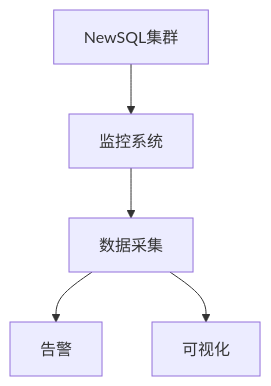
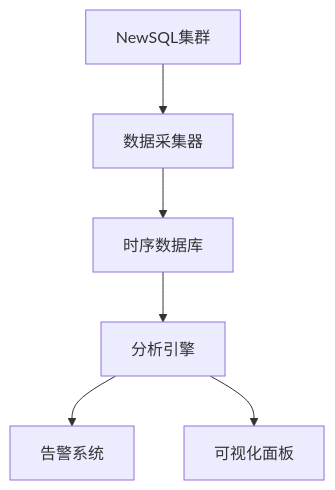
The first of 4 diagrams in Analysis/1-数据库系统/1.4-NewSQL/1.4.6-性能调优与监控.md (AdaMartin18010/Data-Science), drawn with Mermaid before and after one commit. The commit also changed other lines of this file and 338 other files, not shown here.

````diff
--- a/Analysis/1-数据库系统/1.4-NewSQL/1.4.6-性能调优与监控.md
+++ b/Analysis/1-数据库系统/1.4-NewSQL/1.4.6-性能调优与监控.md
@@ -20,7 +106,8 @@
 ```mermaid
-flowchart TD
-  NS[NewSQL集群] --> M[监控系统]
-  M --> D[数据采集]
-  D --> A[告警]
-  D --> V[可视化]
+graph TB
+    NewSQL[NewSQL集群] --> Collector[数据采集器]
+    Collector --> Storage[时序数据库]
+    Storage --> Analyzer[分析引擎]
+    Analyzer --> Alert[告警系统]
+    Analyzer --> Dashboard[可视化面板]
 ```
````
